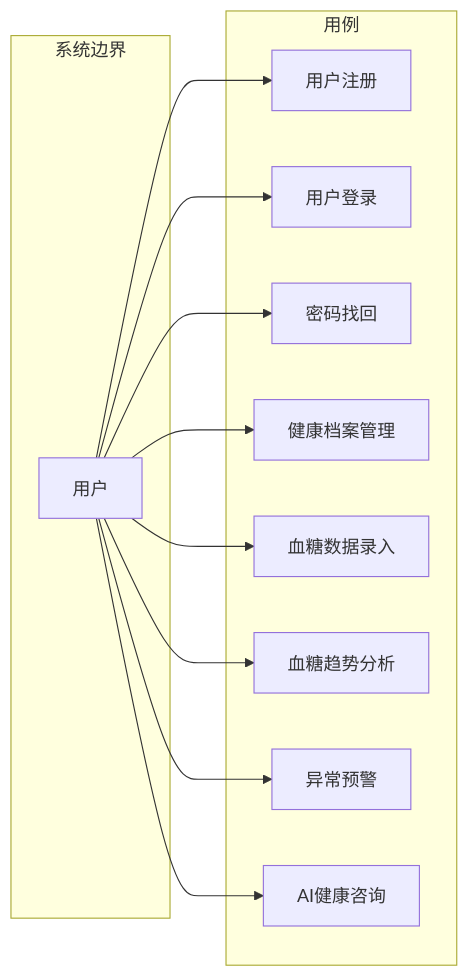
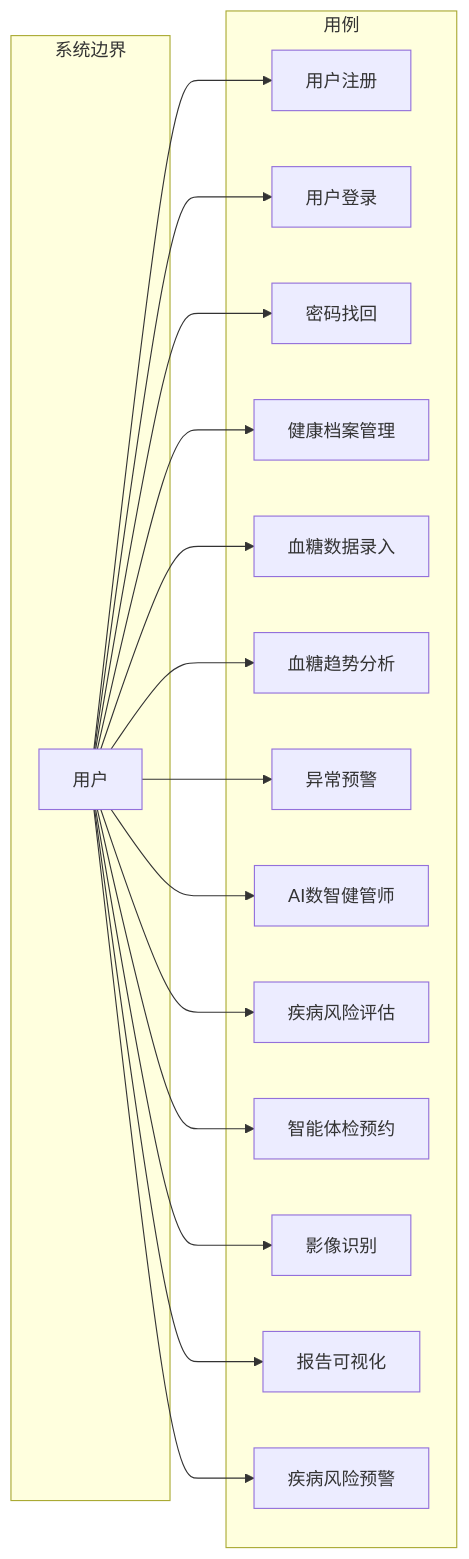
The first of 10 diagrams in HEALTH_MANAGEMENT_SRS.md (jiangandhao/-DeepSeek-), drawn with Mermaid before and after one commit. The commit also changed other lines of this file and 19 other files, not shown here.

````diff
--- a/HEALTH_MANAGEMENT_SRS.md
+++ b/HEALTH_MANAGEMENT_SRS.md
@@ -92,26 +94,36 @@
 ```mermaid
 graph LR
     subgraph 系统边界
         A["用户"]
     end
     
     subgraph 用例
         B["用户注册"]
         C["用户登录"]
         D["密码找回"]
         E["健康档案管理"]
         F["血糖数据录入"]
         G["血糖趋势分析"]
         H["异常预警"]
-        I["AI健康咨询"]
+        I["AI数智健管师"]
+        J["疾病风险评估"]
+        K["智能体检预约"]
+        L["影像识别"]
+        M["报告可视化"]
+        N["疾病风险预警"]
     end
     
     A --> B
     A --> C
     A --> D
     A --> E
     A --> F
     A --> G
     A --> H
     A --> I
+    A --> J
+    A --> K
+    A --> L
+    A --> M
+    A --> N
 ```
````
